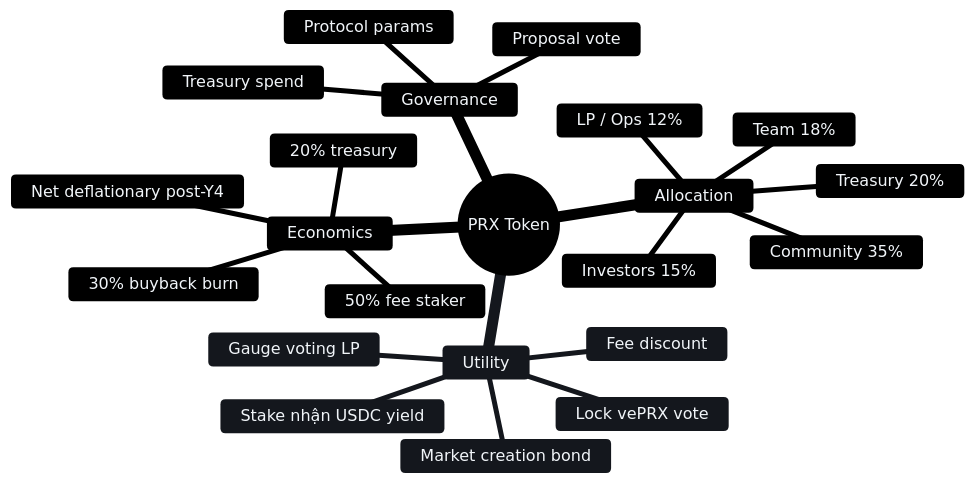
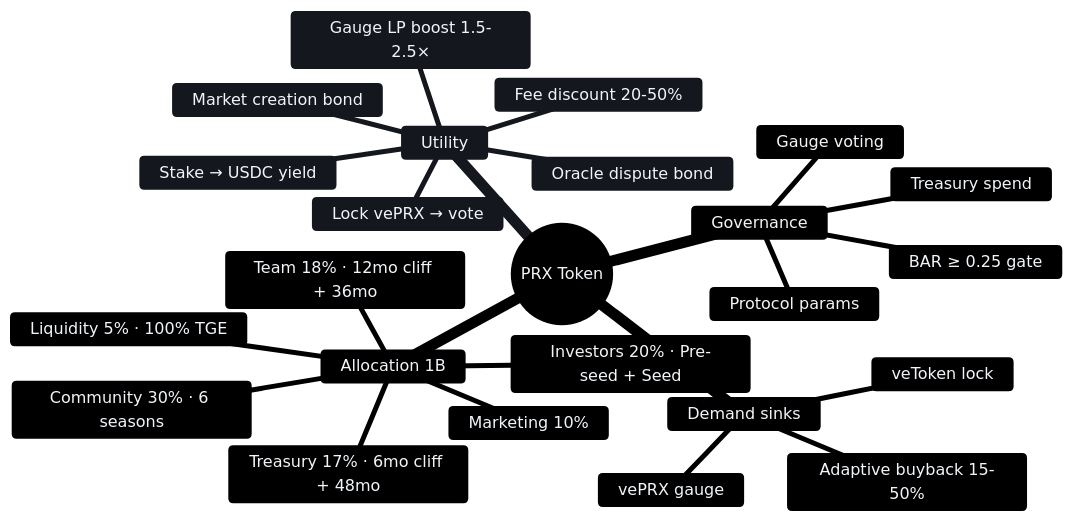
Before and after one commit to PrediX-Protocol/predix-docs: the first of 2 diagrams in vi_v6/kinh-te/README.md, drawn with Mermaid. The commit also changed other lines of this file and 11 other files, not shown here.

````diff
--- a/vi_v6/kinh-te/README.md
+++ b/vi_v6/kinh-te/README.md
@@ -5,26 +5,28 @@
 ```mermaid
 %%{init: {"theme":"base","themeVariables":{"primaryColor":"#1e293b","primaryTextColor":"#f1f5f9","primaryBorderColor":"#475569","lineColor":"#94a3b8","background":"transparent","mainBkg":"#334155","tertiaryColor":"#475569"}}}%%
 mindmap
   root((PRX Token))
-    Allocation
-      Community 35%
-      Treasury 20%
-      Team 18%
-      Investors 15%
-      LP / Ops 12%
+    Allocation 1B
+      Community 30% · 6 seasons
+      Investors 20% · Pre-seed + Seed
+      Team 18% · 12mo cliff + 36mo
+      Treasury 17% · 6mo cliff + 48mo
+      Marketing 10%
+      Liquidity 5% · 100% TGE
     Utility
-      Stake nhận USDC yield
-      Lock vePRX vote
-      Gauge voting LP
-      Fee discount
+      Stake → USDC yield
+      Lock vePRX → vote
+      Gauge LP boost 1.5-2.5×
+      Fee discount 20-50%
       Market creation bond
-    Economics
-      50% fee staker
-      30% buyback burn
-      20% treasury
-      Net deflationary post-Y4
+      Oracle dispute bond
+    Demand sinks
+      Adaptive buyback 15-50%
+      veToken lock
+      vePRX gauge
     Governance
-      Proposal vote
+      Protocol params
       Treasury spend
-      Protocol params
+      Gauge voting
+      BAR ≥ 0.25 gate
 ```
````
